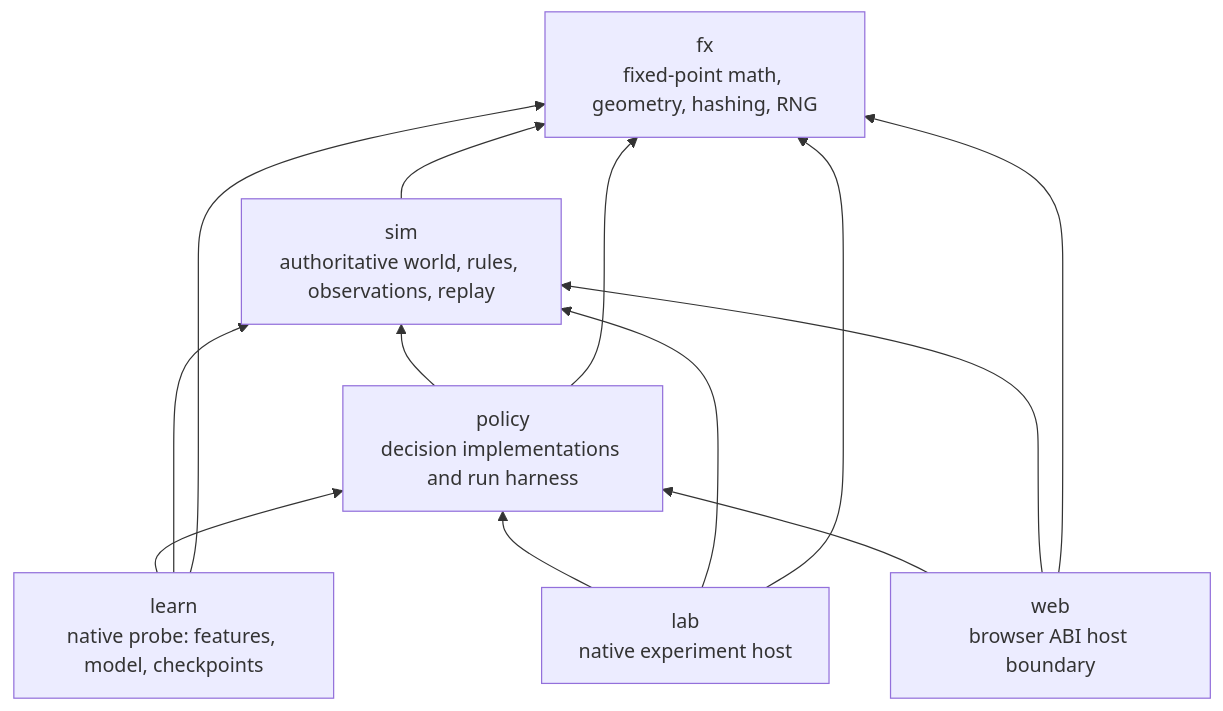
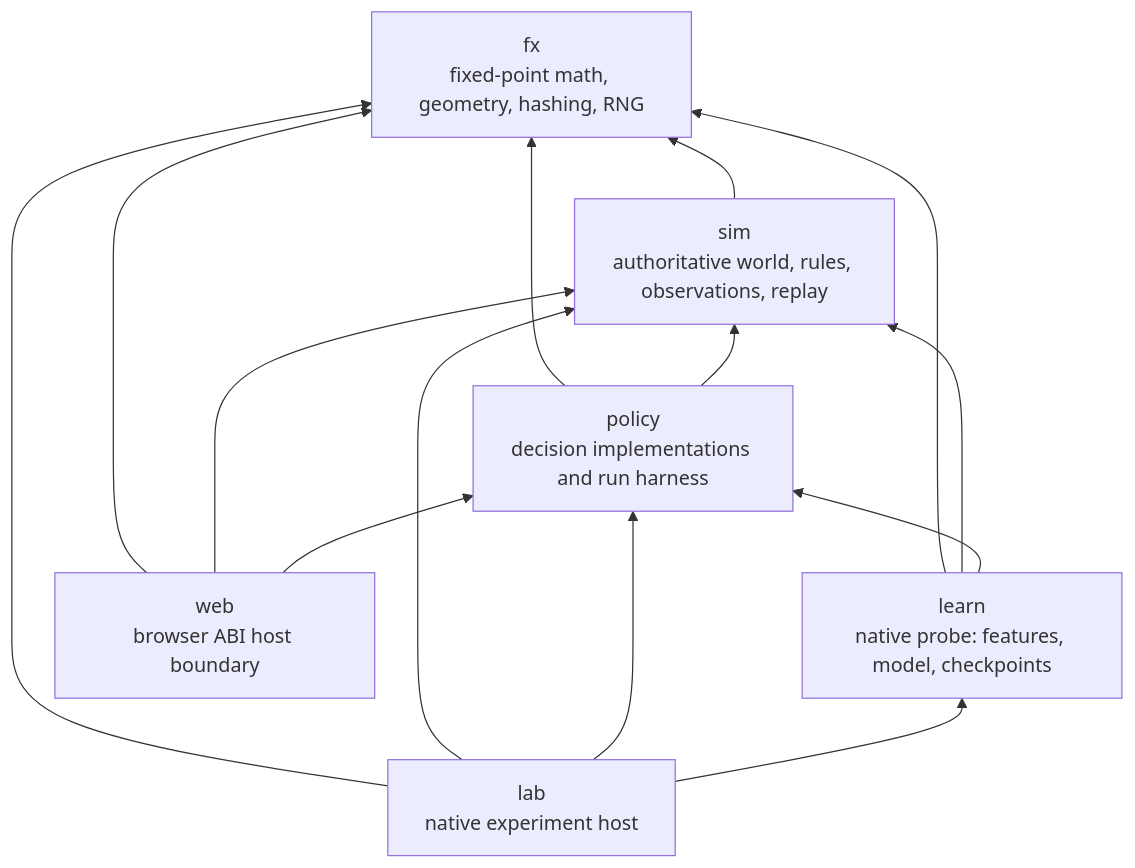
Before and after one commit to alexoooo/auto-rpg: the diagram in docs/architecture/overview.md, drawn with Mermaid. The commit also changed other lines of this file and 14 other files, not shown here.

First line of the commit message:
v2-19: wire crates/learn into lab, and give the trace two sides

````diff
--- a/docs/architecture/overview.md
+++ b/docs/architecture/overview.md
@@ -13,16 +13,17 @@
 ```mermaid
 flowchart BT
     fx["fx<br/>fixed-point math, geometry, hashing, RNG"]
     sim["sim<br/>authoritative world, rules, observations, replay"] --> fx
     policy["policy<br/>decision implementations and run harness"] --> sim
     policy --> fx
     learn["learn<br/>native probe: features, model, checkpoints"] --> policy
     learn --> sim
     learn --> fx
-    lab["lab<br/>native experiment host"] --> policy
+    lab["lab<br/>native experiment host"] --> learn
+    lab --> policy
     lab --> sim
     lab --> fx
     web["web<br/>browser ABI host boundary"] --> policy
     web --> sim
     web --> fx
 ```
````
